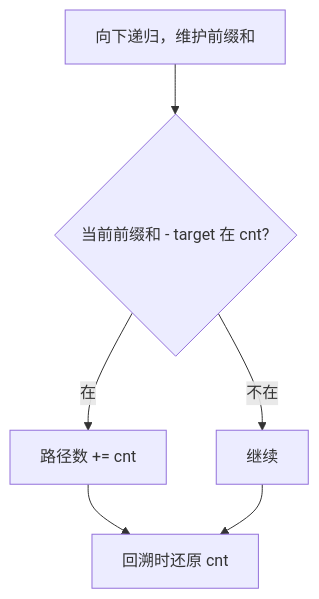
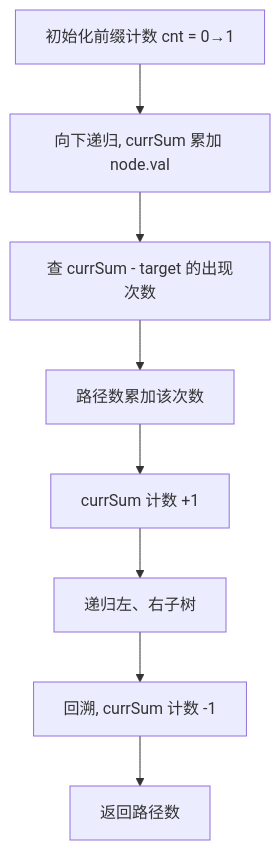
The first of 2 diagrams in 09-二叉树/0437-路径总和_III.md (OctalZero/hot100-py), drawn with Mermaid before and after one commit. The commit also changed other lines of this file and 117 other files, not shown here.

First line of the commit message:
feat: 全题解配图升级为「动画式 mermaid」（总览骨架 + 横向时间线逐步推演）

````diff
--- a/09-二叉树/0437-路径总和_III.md
+++ b/09-二叉树/0437-路径总和_III.md
@@ -23,8 +23,10 @@
 ```mermaid
 flowchart TD
-    A["向下递归，维护前缀和"] --> B{"当前前缀和 - target 在 cnt?"}
-    B -- "在" --> C["路径数 += cnt"]
-    B -- "不在" --> D["继续"]
-    C --> E["回溯时还原 cnt"]
-    D --> E
+    A["初始化前缀计数 cnt = 0→1"] --> B["向下递归, currSum 累加 node.val"]
+    B --> C["查 currSum - target 的出现次数"]
+    C --> D["路径数累加该次数"]
+    D --> E["currSum 计数 +1"]
+    E --> F["递归左、右子树"]
+    F --> G["回溯, currSum 计数 -1"]
+    G --> H["返回路径数"]
 ```
````
